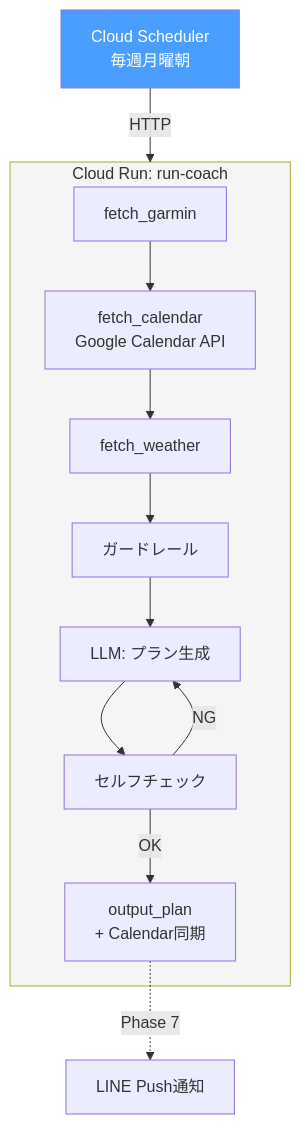
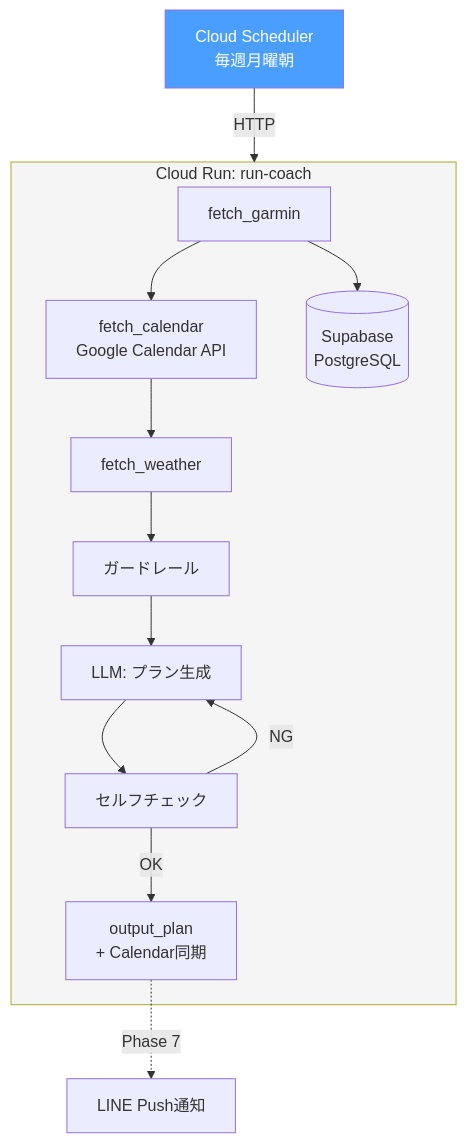
Before and after one commit to fuzztarou/run-coach: the diagram in docs/phase6-cloud-run.md, drawn with Mermaid. The commit also changed other lines of this file and 4 other files, not shown here.

````diff
--- a/docs/phase6-cloud-run.md
+++ b/docs/phase6-cloud-run.md
@@ -13,19 +20,20 @@
 ```mermaid
 flowchart TB
     CS[Cloud Scheduler<br>毎週月曜朝] -->|HTTP| CR
 
     subgraph CR[Cloud Run: run-coach]
         FG[fetch_garmin] --> FC[fetch_calendar<br>Google Calendar API]
+        FG --> DB[(Supabase<br>PostgreSQL)]
         FC --> FW[fetch_weather]
         FW --> GR[ガードレール]
         GR --> GEN[LLM: プラン生成]
         GEN --> CHK[セルフチェック]
         CHK -->|OK| OUT[output_plan<br>+ Calendar同期]
         CHK -->|NG| GEN
     end
 
     OUT -.->|Phase 7| LINE[LINE Push通知]
 
     style CS fill:#4a9eff,color:#fff
     style CR fill:#f5f5f5,color:#333
 ```
````
